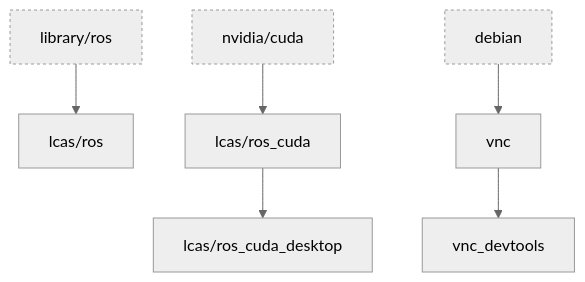
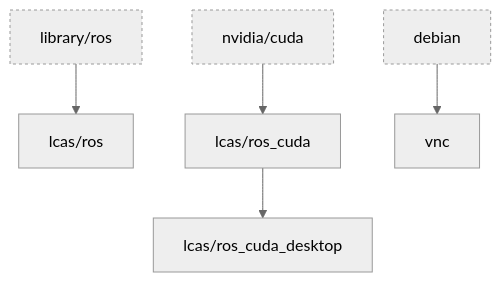
Before and after one commit to LCAS/aoc_container_base: the first of 2 diagrams in README.md, drawn with Mermaid. The commit also changed other lines of this file and 1 other file, not shown here.

````diff
--- a/README.md
+++ b/README.md
@@ -16,14 +16,13 @@
 ```mermaid
 %%{init: {"theme":"neutral"}}%%
 flowchart TB
     library_ros["library/ros"] --> lcas_ros["lcas/ros"]
     nvidia_cuda["nvidia/cuda"] --> lcas_ros_cuda["lcas/ros_cuda"]
     lcas_ros_cuda --> lcas_ros_cuda_desktop["lcas/ros_cuda_desktop"]
     debian["debian"] --> vnc["vnc"]
-    vnc --> vnc_devtools["vnc_devtools"]
 
     %% External base images (dashed)
     style library_ros stroke-width:1px,stroke-dasharray: 3 3
     style nvidia_cuda stroke-width:1px,stroke-dasharray: 3 3
     style debian stroke-width:1px,stroke-dasharray: 3 3
 ```
````
